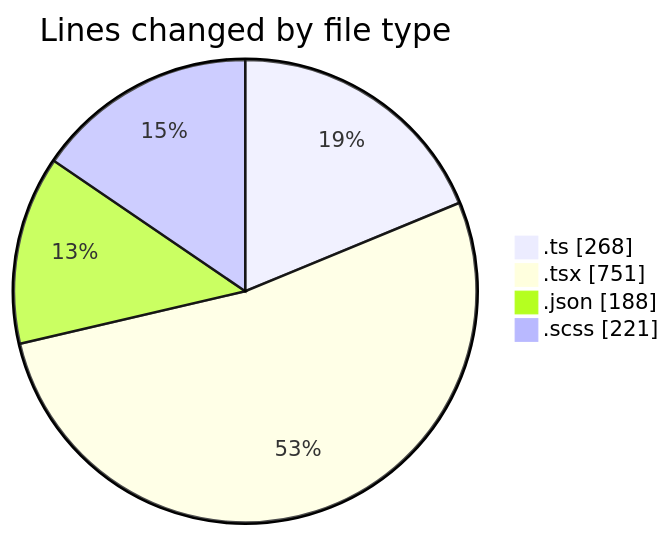
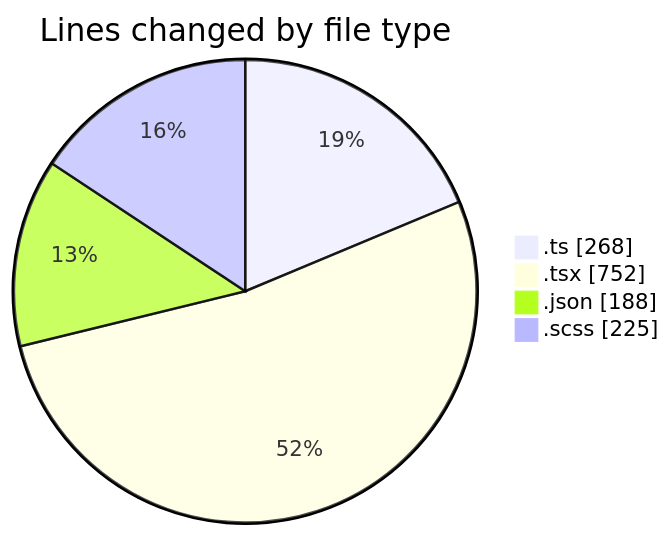
One commit to momahboobian/code-tracking changed the first of 2 diagrams in 2026-05-07/cda/README.md. Above: the diagram before and after it, drawn with Mermaid. The commit also changed other lines of this file and 1 other file, not shown here.

````diff
--- a/2026-05-07/cda/README.md
+++ b/2026-05-07/cda/README.md
@@ -32,8 +32,8 @@
 ```mermaid
 pie showData
 title Lines changed by file type
 ".ts" : 268
-".tsx" : 751
+".tsx" : 752
 ".json" : 188
-".scss" : 221
+".scss" : 225
 ```
````
